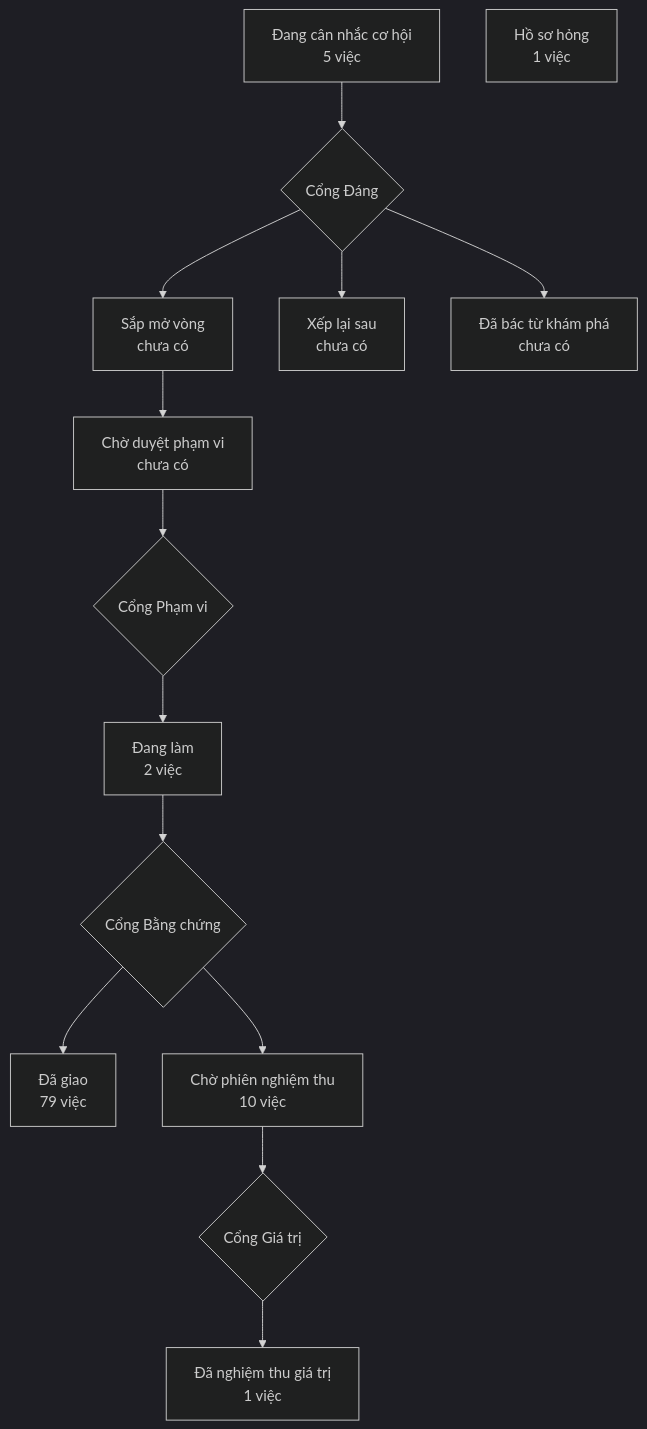
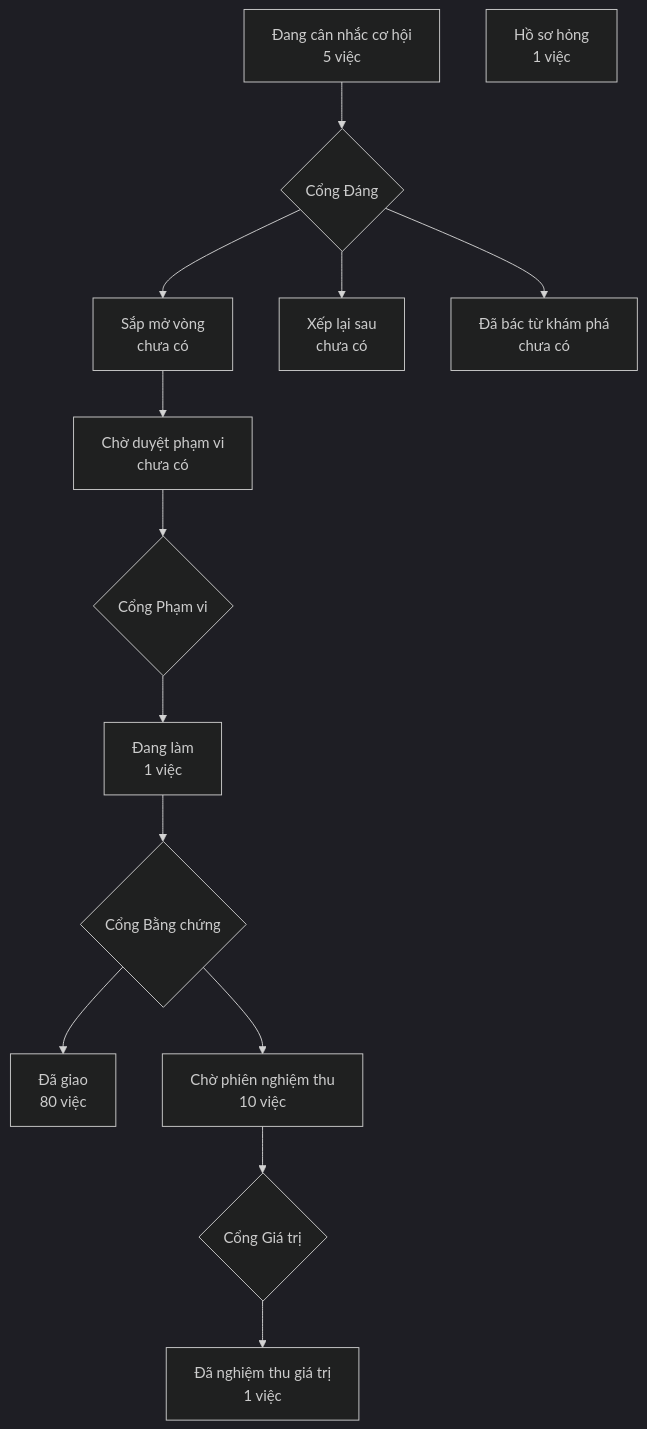
One commit to phanlemanh/crm-onehub changed the diagram in PRODUCT-MAP.md. Above: the diagram before and after it, drawn with Mermaid (dark theme). The commit also changed 3 other files, not shown here.

````diff
--- a/PRODUCT-MAP.md
+++ b/PRODUCT-MAP.md
@@ -6,13 +6,13 @@
 ```mermaid
 flowchart TD
   A["Đang cân nhắc cơ hội<br/>5 việc"] --> GD{"Cổng Đáng"}
   GD --> B["Sắp mở vòng<br/>chưa có"]
   GD --> XL["Xếp lại sau<br/>chưa có"]
   GD --> DB["Đã bác từ khám phá<br/>chưa có"]
   B --> CD["Chờ duyệt phạm vi<br/>chưa có"] --> GP{"Cổng Phạm vi"}
-  GP --> DL["Đang làm<br/>2 việc"] --> GB{"Cổng Bằng chứng"}
-  GB --> DG["Đã giao<br/>79 việc"]
+  GP --> DL["Đang làm<br/>1 việc"] --> GB{"Cổng Bằng chứng"}
+  GB --> DG["Đã giao<br/>80 việc"]
   GB --> CN["Chờ phiên nghiệm thu<br/>10 việc"] --> GG{"Cổng Giá trị"}
   GG --> NT["Đã nghiệm thu giá trị<br/>1 việc"]
   HS["Hồ sơ hỏng<br/>1 việc"]
 ```
````
